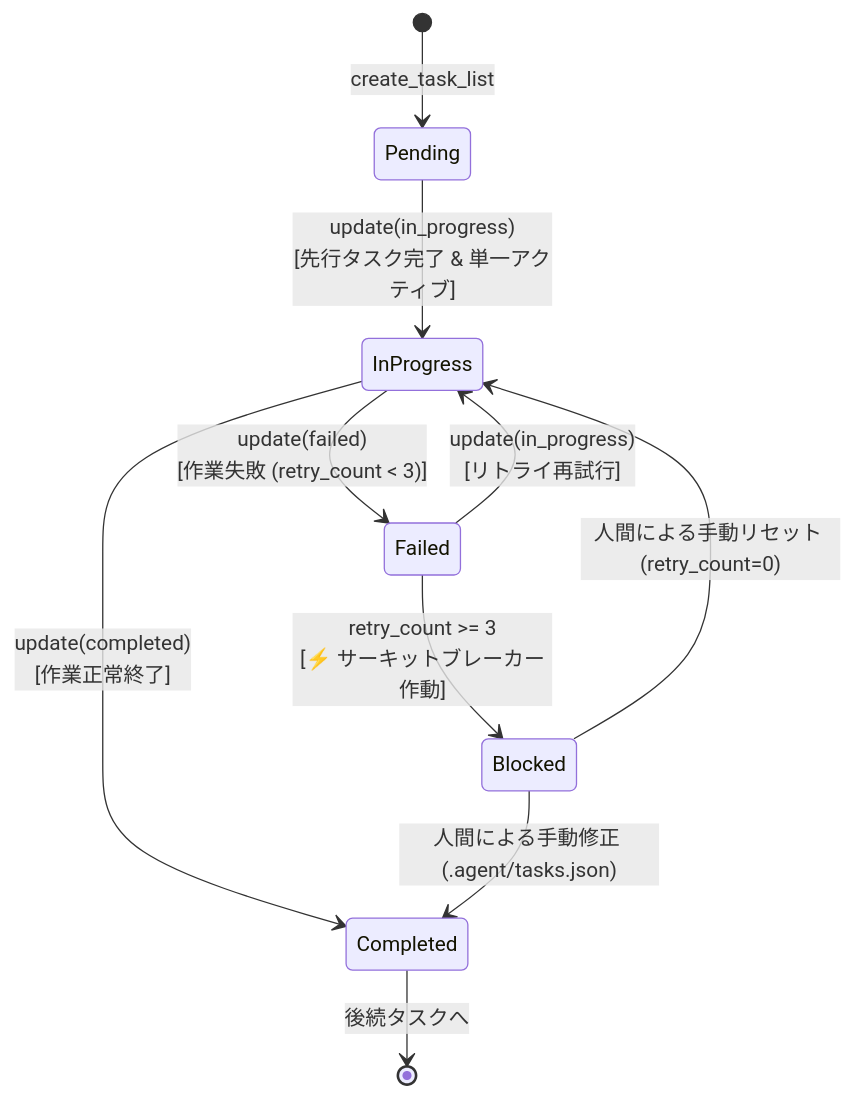
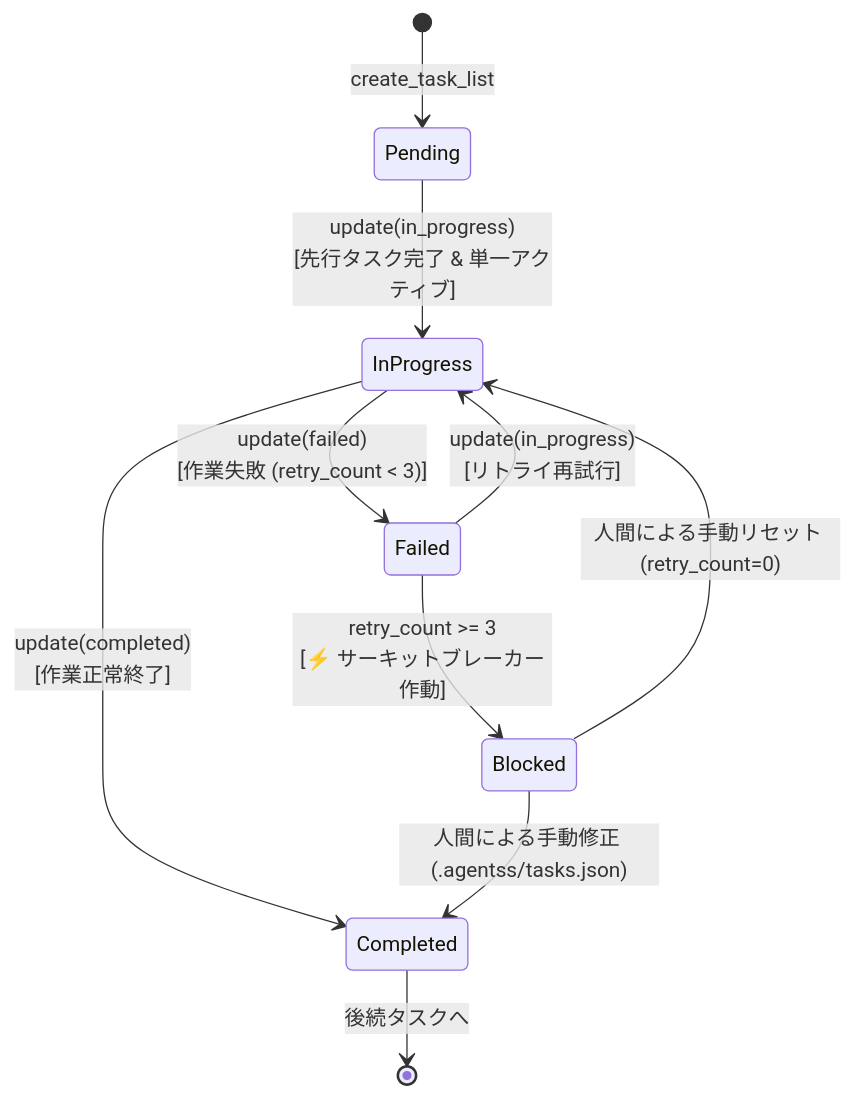
One commit to snaga/tasks-mcp changed the fifth of 5 diagrams in doc/design.md. Above: the diagram before and after it, drawn with Mermaid. The commit also changed other lines of this file and 7 other files, not shown here.

````diff
--- a/doc/design.md
+++ b/doc/design.md
@@ -638,16 +638,16 @@
 ```mermaid
 stateDiagram-v2
     [*] --> Pending : create_task_list
 
     Pending --> InProgress : update(in_progress)<br/>[先行タスク完了 & 単一アクティブ]
     InProgress --> Completed : update(completed)<br/>[作業正常終了]
     InProgress --> Failed : update(failed)<br/>[作業失敗 (retry_count < 3)]
 
     Failed --> InProgress : update(in_progress)<br/>[リトライ再試行]
     Failed --> Blocked : retry_count >= 3<br/>[⚡ サーキットブレーカー作動]
 
-    Blocked --> Completed : 人間による手動修正 (.agent/tasks.json)
+    Blocked --> Completed : 人間による手動修正 (.agentss/tasks.json)
     Blocked --> InProgress : 人間による手動リセット (retry_count=0)
 
     Completed --> [*] : 後続タスクへ
 ```
````
